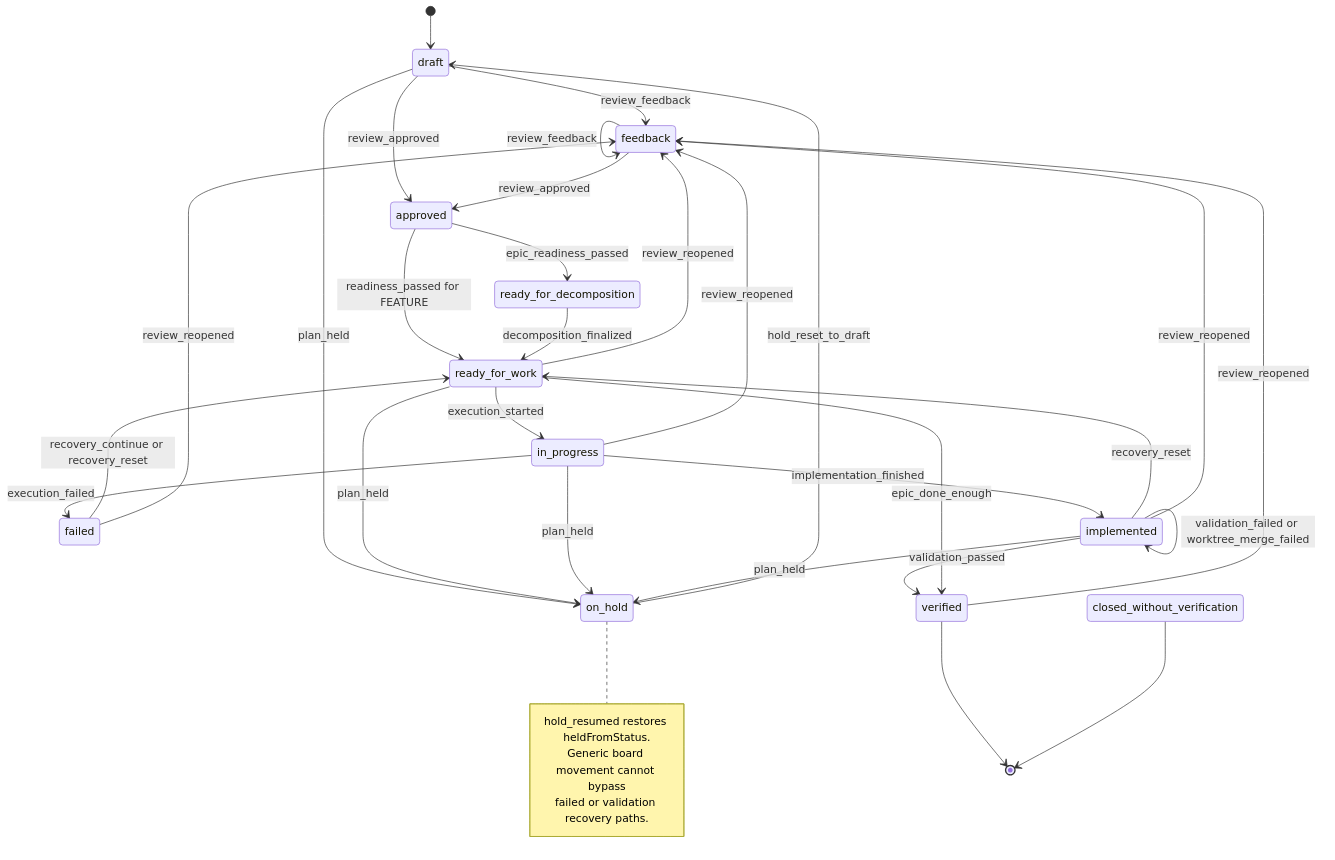
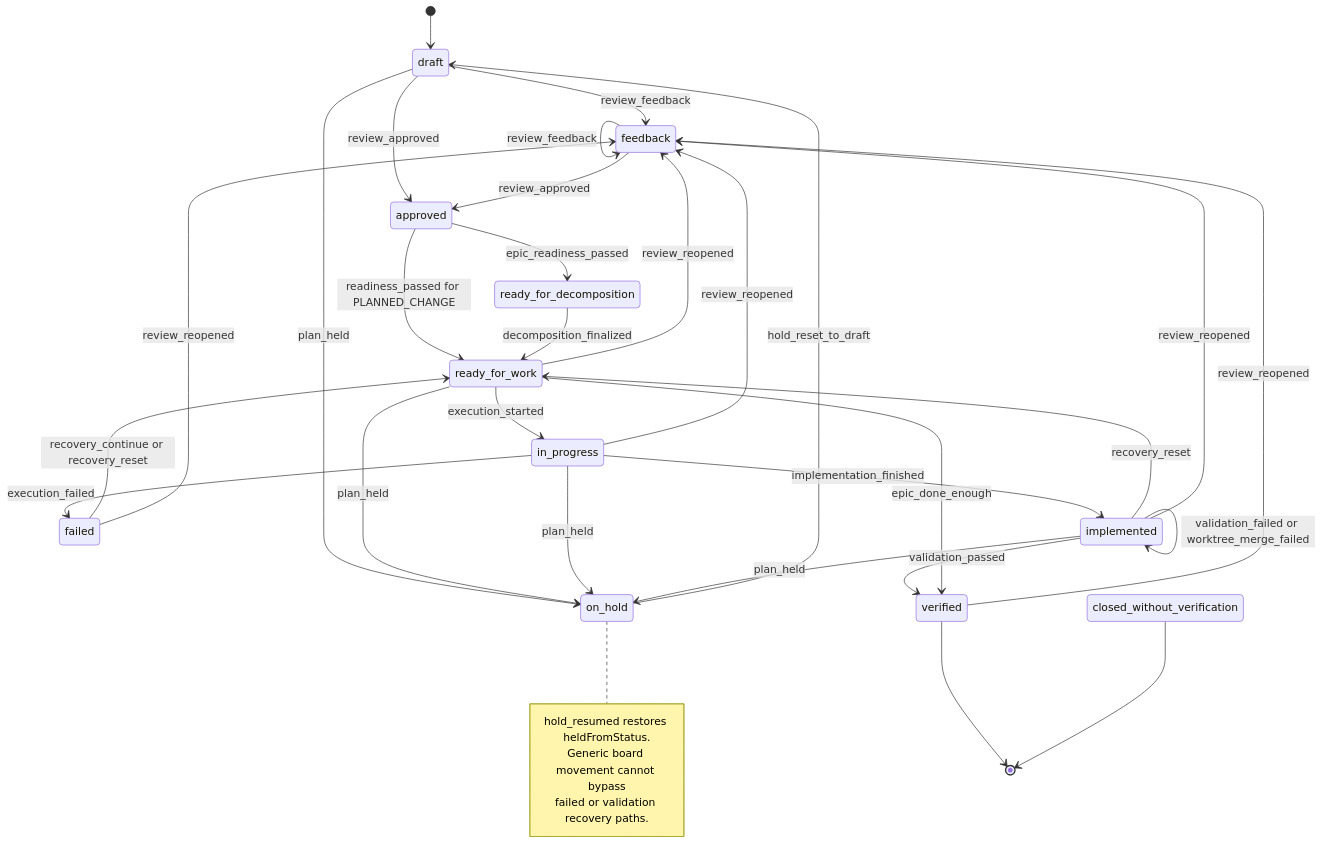
One commit to gandazgul/runwield changed diagram 11 of 13 in architecture.md. Above: the diagram before and after it, drawn with Mermaid. The commit also changed other lines of this file and 2 other files, not shown here.

````diff
--- a/architecture.md
+++ b/architecture.md
@@ -641,43 +658,43 @@
 ```mermaid
 stateDiagram-v2
     [*] --> draft
 
     draft --> feedback: review_feedback
     feedback --> feedback: review_feedback
     draft --> approved: review_approved
     feedback --> approved: review_approved
 
-    approved --> ready_for_work: readiness_passed for FEATURE
+    approved --> ready_for_work: readiness_passed for PLANNED_CHANGE
     approved --> ready_for_decomposition: epic_readiness_passed
     ready_for_decomposition --> ready_for_work: decomposition_finalized
 
     ready_for_work --> in_progress: execution_started
     in_progress --> failed: execution_failed
     failed --> ready_for_work: recovery_continue or recovery_reset
     in_progress --> implemented: implementation_finished
     implemented --> implemented: validation_failed or worktree_merge_failed
     implemented --> ready_for_work: recovery_reset
     implemented --> verified: validation_passed
     ready_for_work --> verified: epic_done_enough
 
     ready_for_work --> feedback: review_reopened
     in_progress --> feedback: review_reopened
     failed --> feedback: review_reopened
     implemented --> feedback: review_reopened
     verified --> feedback: review_reopened
 
     draft --> on_hold: plan_held
     ready_for_work --> on_hold: plan_held
     in_progress --> on_hold: plan_held
     implemented --> on_hold: plan_held
     on_hold --> draft: hold_reset_to_draft
 
     note right of on_hold
         hold_resumed restores heldFromStatus.
         Generic board movement cannot bypass
         failed or validation recovery paths.
     end note
 
     verified --> [*]
     closed_without_verification --> [*]
 ```
````
